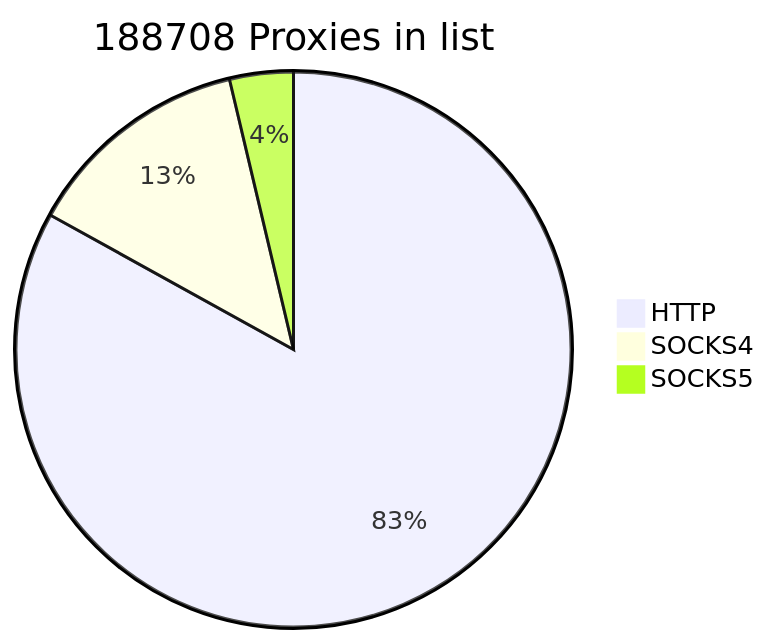
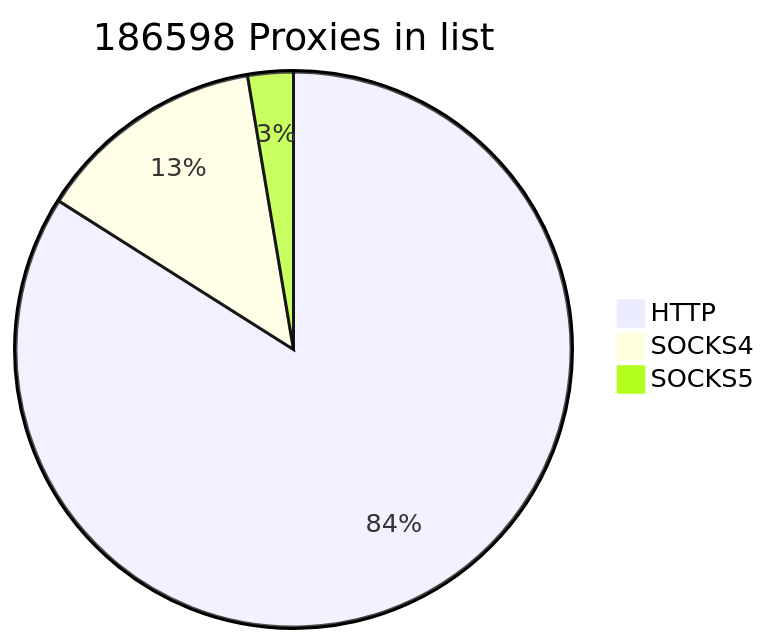
Before and after one commit to cutipu/proxylist: the first of 2 diagrams in README.md, drawn with Mermaid. The commit also changed other lines of this file, not shown here.

````diff
--- a/README.md
+++ b/README.md
@@ -2,7 +2,7 @@
 ```mermaid
-pie title 188708 Proxies in list
+pie title 186598 Proxies in list
     "HTTP" : 156703
-    "SOCKS4" : 25018
-    "SOCKS5" : 6987
+    "SOCKS4" : 24948
+    "SOCKS5" : 4947
             
 ```
````
